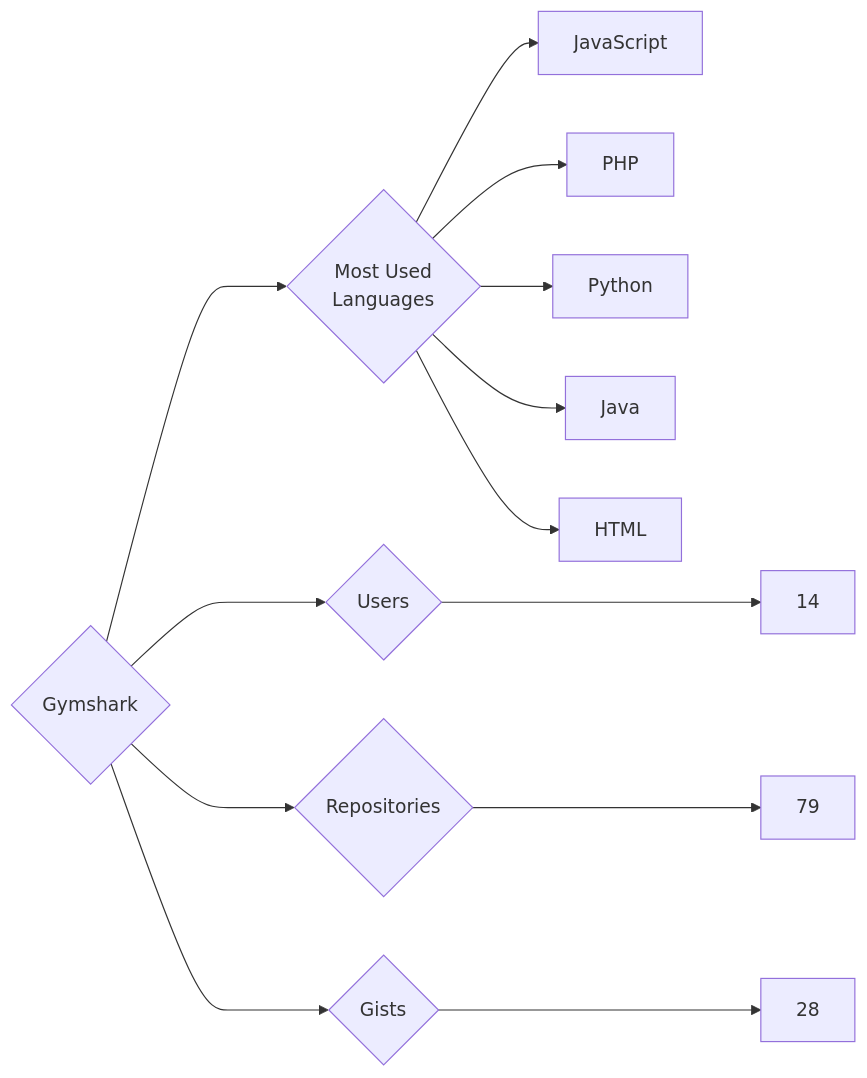
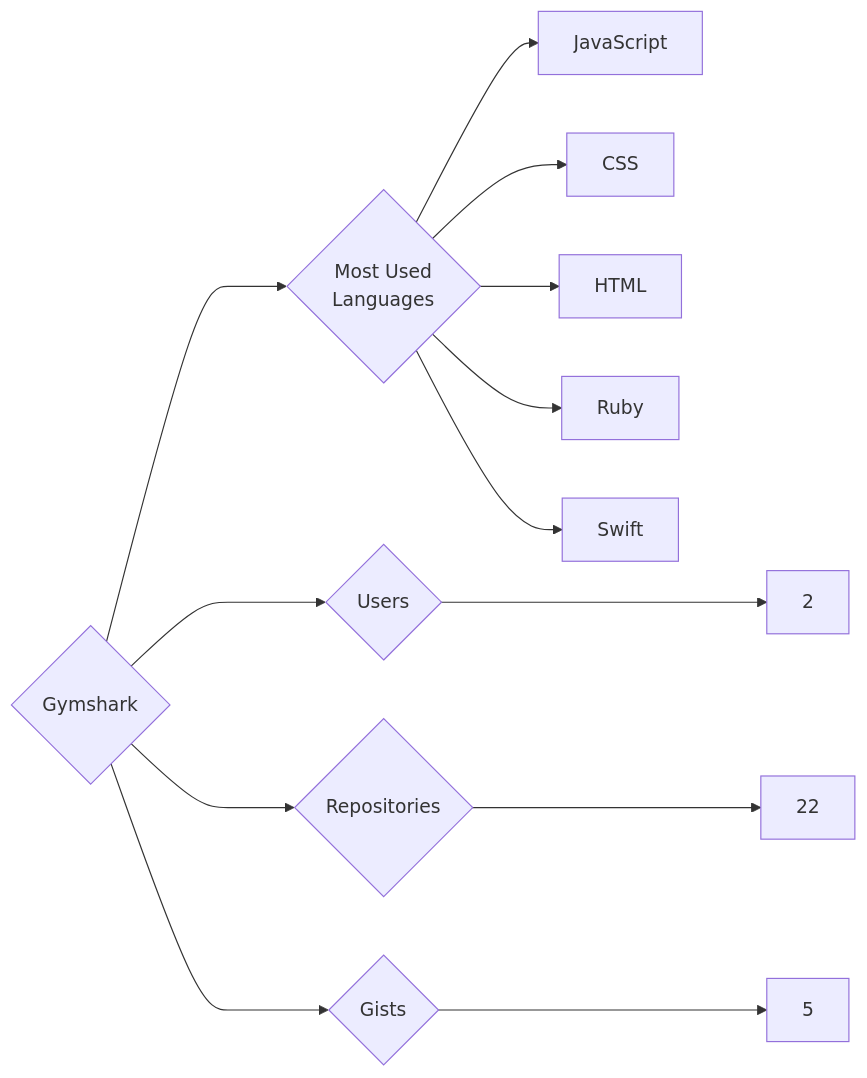
One commit to trickest/insiders changed the diagram in targets/Gymshark/README.md. Above: the diagram before and after it, drawn with Mermaid. The commit also changed 773 other files, not shown here.

````diff
--- a/targets/Gymshark/README.md
+++ b/targets/Gymshark/README.md
@@ -3,13 +3,13 @@
 ```mermaid
 graph LR
 COMPANY_NAME{Gymshark}
-COMPANY_NAME ---> U{Users} ---> UN[14]
-COMPANY_NAME ---> R{Repositories} ---> RN[79]
-COMPANY_NAME ---> G{Gists} ---> GN[28]
+COMPANY_NAME ---> U{Users} ---> UN[2]
+COMPANY_NAME ---> R{Repositories} ---> RN[22]
+COMPANY_NAME ---> G{Gists} ---> GN[5]
 COMPANY_NAME ---> ML{Most Used<br>Languages}
 ML --> JavaScript[JavaScript]
-ML --> PHP[PHP]
-ML --> Python[Python]
-ML --> Java[Java]
+ML --> CSS[CSS]
 ML --> HTML[HTML]
+ML --> Ruby[Ruby]
+ML --> Swift[Swift]
 ```
````
